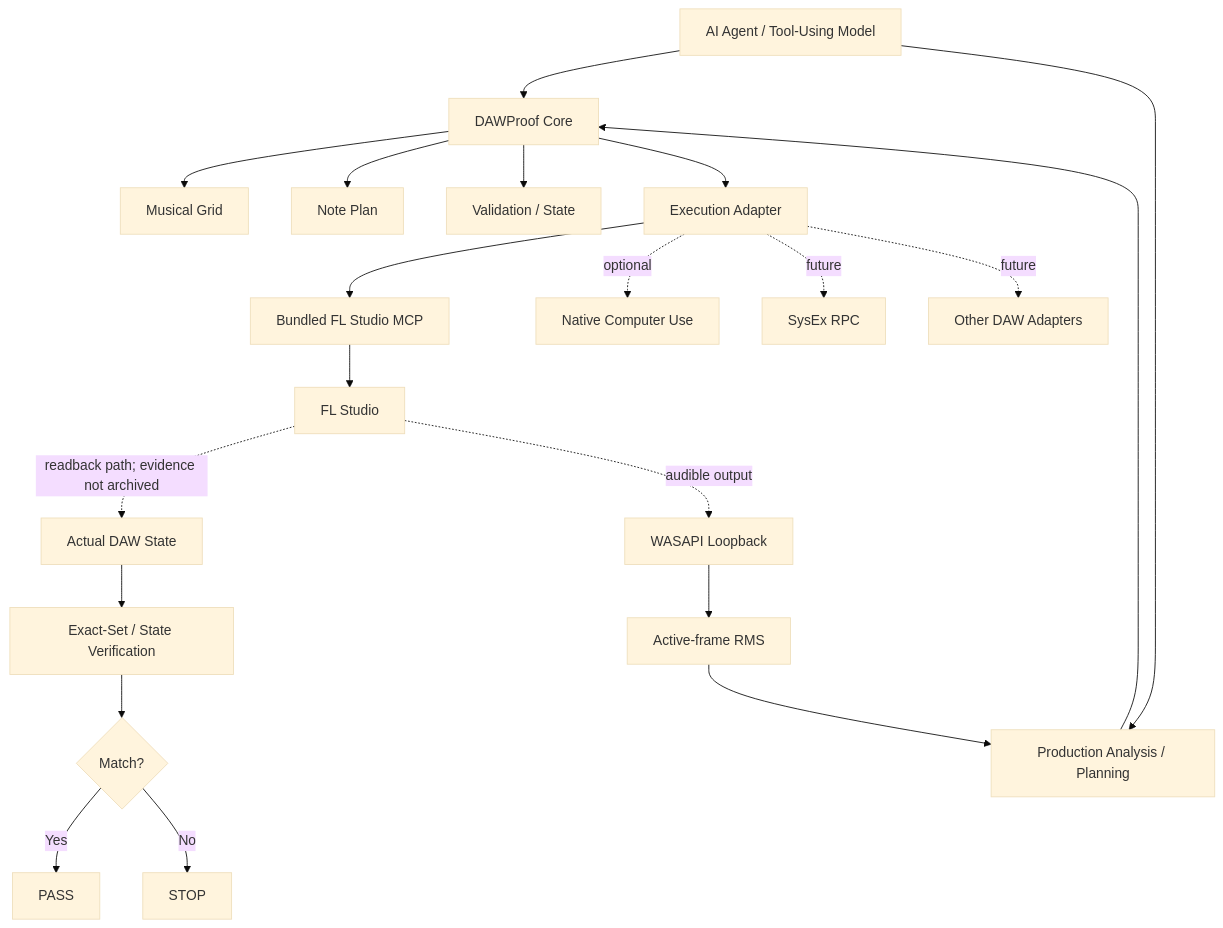
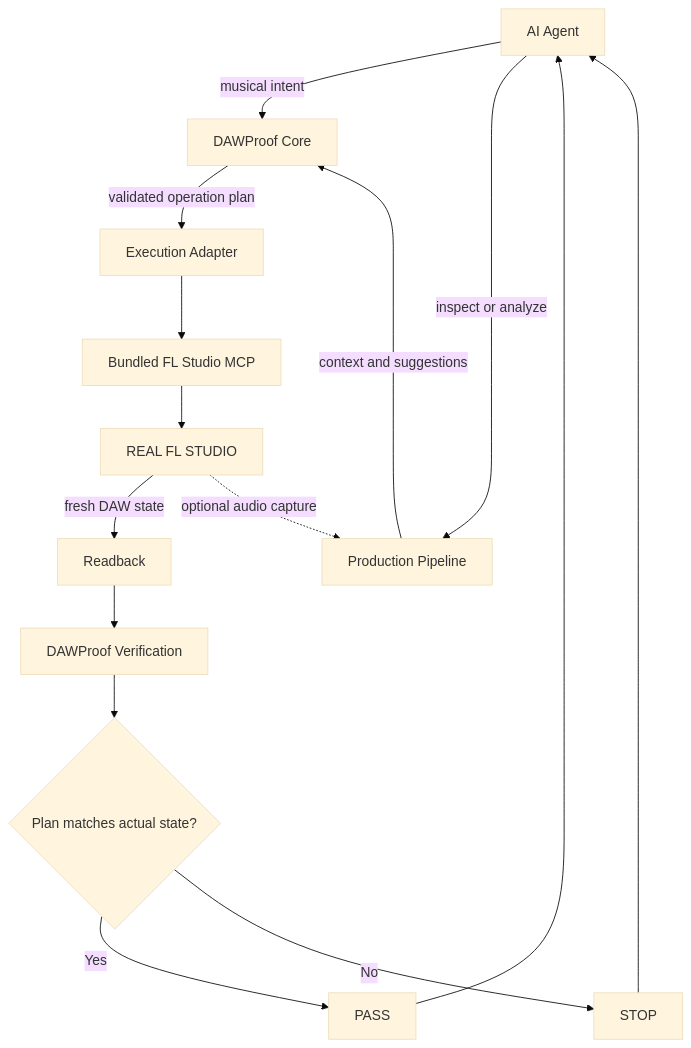
The diagram in README.md (ryurikoneko/DAWLoop), drawn with Mermaid (base theme) before and after one commit. The commit also changed other lines of this file and 1 other file, not shown here.

Commit message:
docs(readme): present control, planning and verification as one DAW loop

````diff
--- a/README.md
+++ b/README.md
@@ -55,23 +47,17 @@
 ```mermaid
 flowchart TD
-    A[AI Agent / Tool-Using Model] --> B[DAWProof Core]
-    A --> Q[Production Analysis / Planning]
-    Q --> B
-    B --> C[Musical Grid]
-    B --> D[Note Plan]
-    B --> E[Validation / State]
-    B --> F[Execution Adapter]
-    F --> G[Bundled FL Studio MCP]
-    F -. optional .-> H[Native Computer Use]
-    F -. future .-> I[SysEx RPC]
-    F -. future .-> J[Other DAW Adapters]
-    G --> K[FL Studio]
-    K -. readback path; evidence not archived .-> L[Actual DAW State]
-    L --> M[Exact-Set / State Verification]
-    M --> N{Match?}
-    N -->|Yes| O[PASS]
-    N -->|No| P[STOP]
-    K -. audible output .-> R[WASAPI Loopback]
-    R --> S[Active-frame RMS]
-    S --> Q
+    A[AI Agent] -->|musical intent| C[DAWProof Core]
+    A -->|inspect or analyze| P[Production Pipeline]
+    P -->|context and suggestions| C
+    C -->|validated operation plan| X[Execution Adapter]
+    X --> M[Bundled FL Studio MCP]
+    M --> F[REAL FL STUDIO]
+    F -->|fresh DAW state| R[Readback]
+    R --> V[DAWProof Verification]
+    V --> D{Plan matches actual state?}
+    D -->|Yes| PASS[PASS]
+    D -->|No| STOP[STOP]
+    PASS --> A
+    STOP --> A
+    F -. optional audio capture .-> P
 ```
````
